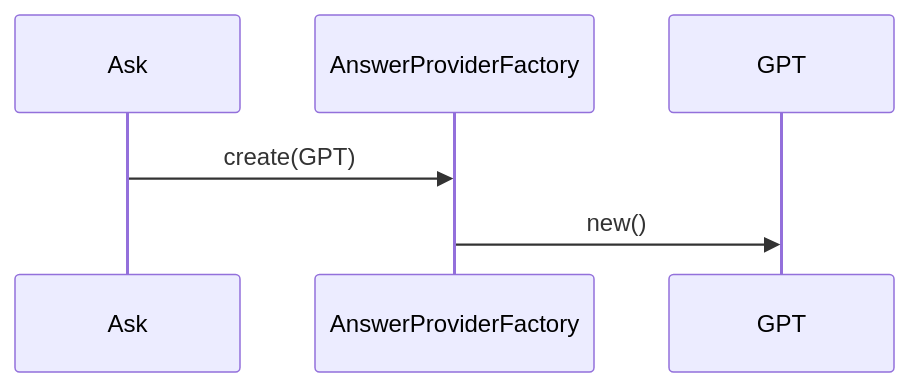
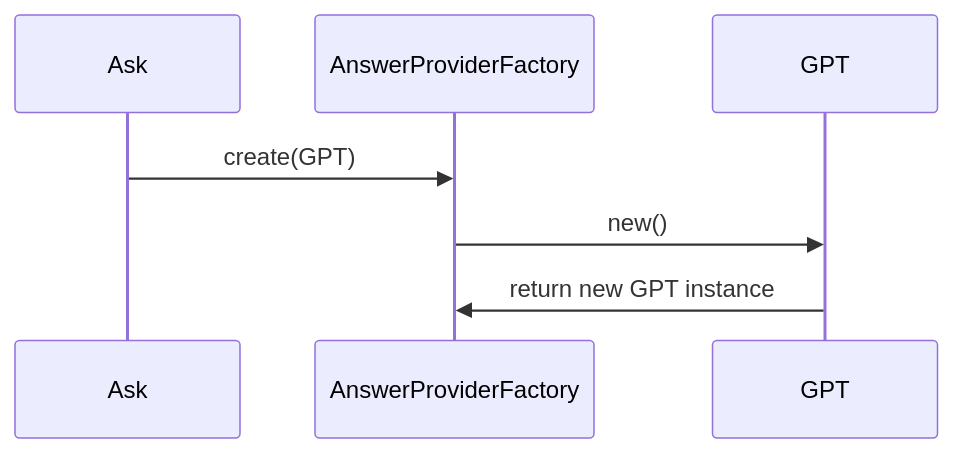
One commit to TheGreatShan/GPT-Cli changed the third of 6 diagrams in readme.md. Above: the diagram before and after it, drawn with Mermaid. The commit also changed other lines of this file, not shown here.

Commit message:
:building_construction: mermaid architecutre has been changed and added

````diff
--- a/readme.md
+++ b/readme.md
@@ -91,5 +91,6 @@
 ```mermaid
 sequenceDiagram
     Ask->>AnswerProviderFactory: create(GPT)
     AnswerProviderFactory->>GPT: new()
+    GPT ->> AnswerProviderFactory : return new GPT instance
 ```
````
